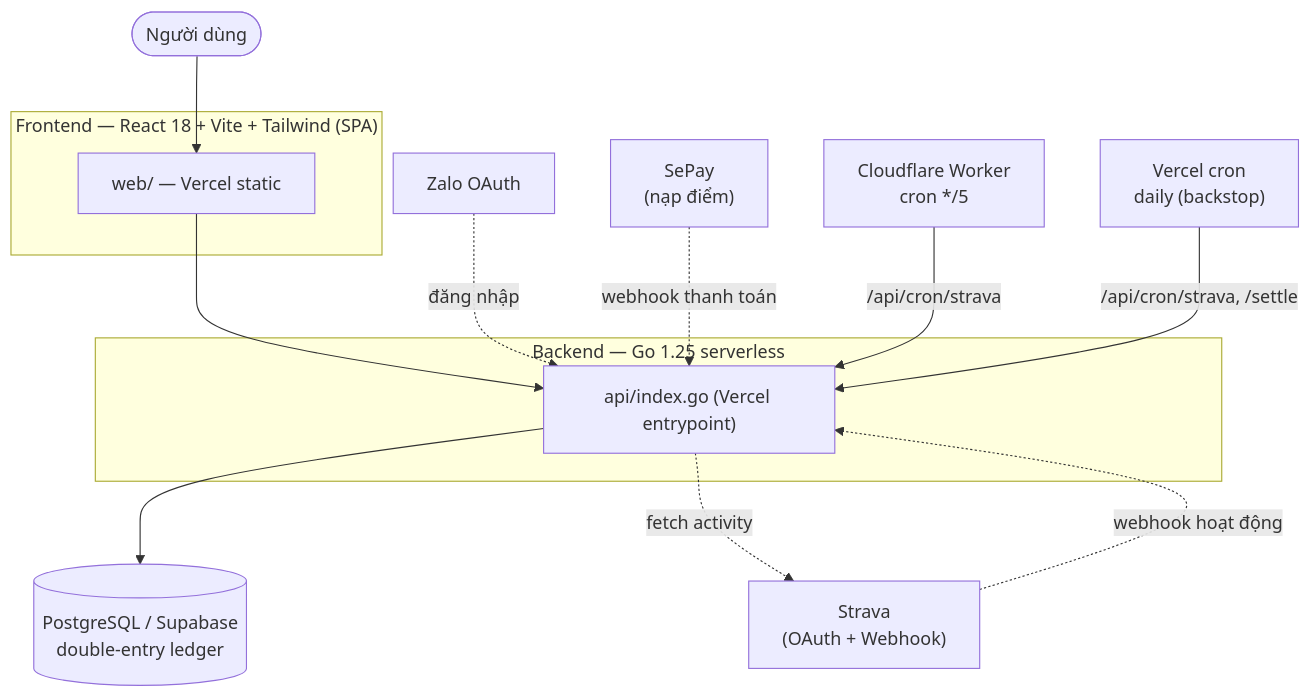
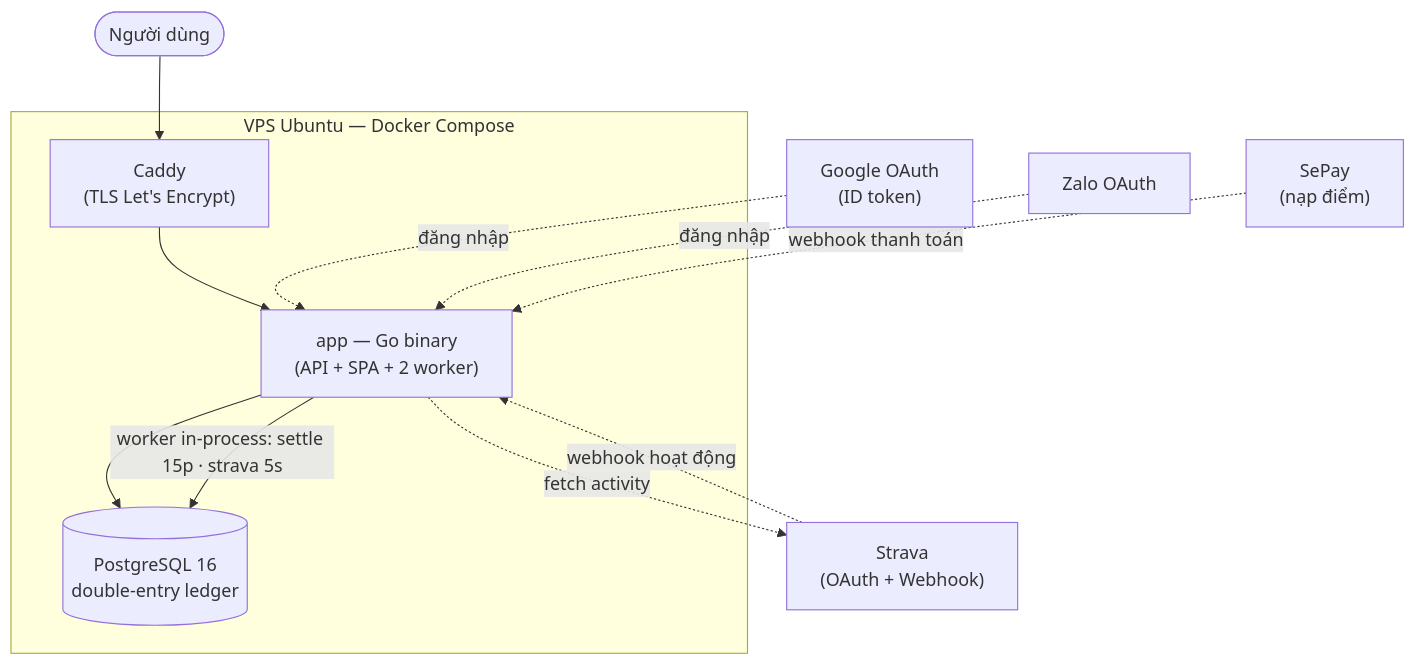
One commit to trinhhaox/keo changed the first of 2 diagrams in docs/system-architecture.md. Above: the diagram before and after it, drawn with Mermaid. The commit also changed other lines of this file and 9 other files, not shown here.

````diff
--- a/docs/system-architecture.md
+++ b/docs/system-architecture.md
@@ -9,24 +9,21 @@
 ```mermaid
 flowchart TB
     User(["Người dùng"])
-    subgraph FE["Frontend — React 18 + Vite + Tailwind (SPA)"]
-        WEB["web/ — Vercel static"]
+    subgraph VPS["VPS Ubuntu — Docker Compose"]
+        CADDY["Caddy\n(TLS Let's Encrypt)"]
+        APP["app — Go binary\n(API + SPA + 2 worker)"]
+        DB[("PostgreSQL 16\ndouble-entry ledger")]
     end
-    subgraph BE["Backend — Go 1.25 serverless"]
-        API["api/index.go (Vercel entrypoint)"]
-    end
-    DB[("PostgreSQL / Supabase\ndouble-entry ledger")]
+    GOOGLE["Google OAuth\n(ID token)"]
+    ZALO["Zalo OAuth"]
     STRAVA["Strava\n(OAuth + Webhook)"]
     SEPAY["SePay\n(nạp điểm)"]
-    ZALO["Zalo OAuth"]
-    CFCRON["Cloudflare Worker\ncron */5"]
-    VCRON["Vercel cron\ndaily (backstop)"]
 
-    User --> WEB --> API --> DB
-    ZALO -. đăng nhập .-> API
-    STRAVA -. webhook hoạt động .-> API
-    SEPAY -. webhook thanh toán .-> API
-    API -. fetch activity .-> STRAVA
-    CFCRON -->|/api/cron/strava| API
-    VCRON -->|/api/cron/strava, /settle| API
+    User --> CADDY --> APP --> DB
+    GOOGLE -. đăng nhập .-> APP
+    ZALO -. đăng nhập .-> APP
+    STRAVA -. webhook hoạt động .-> APP
+    SEPAY -. webhook thanh toán .-> APP
+    APP -. fetch activity .-> STRAVA
+    APP -->|worker in-process: settle 15p · strava 5s| DB
 ```
````
